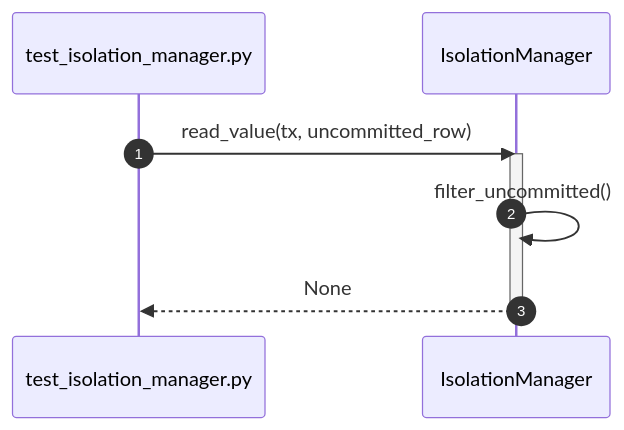
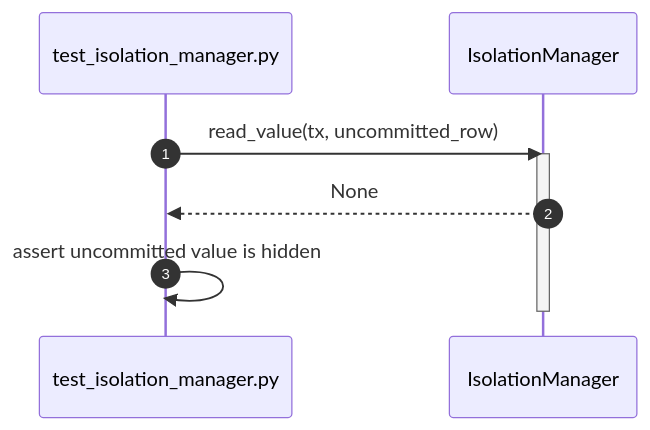
One commit to taitran501/DBMS changed diagram 12 of 52 in diagrams/sequence/transaction.md. Above: the diagram before and after it, drawn with Mermaid. The commit also changed other lines of this file and 6 other files, not shown here.

````diff
--- a/diagrams/sequence/transaction.md
+++ b/diagrams/sequence/transaction.md
@@ -186,12 +186,12 @@
 ```mermaid
 sequenceDiagram
     autonumber
     participant Test as test_isolation_manager.py
     participant SUT as IsolationManager
 
     Test->>SUT: read_value(tx, uncommitted_row)
     activate SUT
-    SUT->>SUT: filter_uncommitted()
     SUT-->>Test: None
+    Test->>Test: assert uncommitted value is hidden
     deactivate SUT
 ```
````
